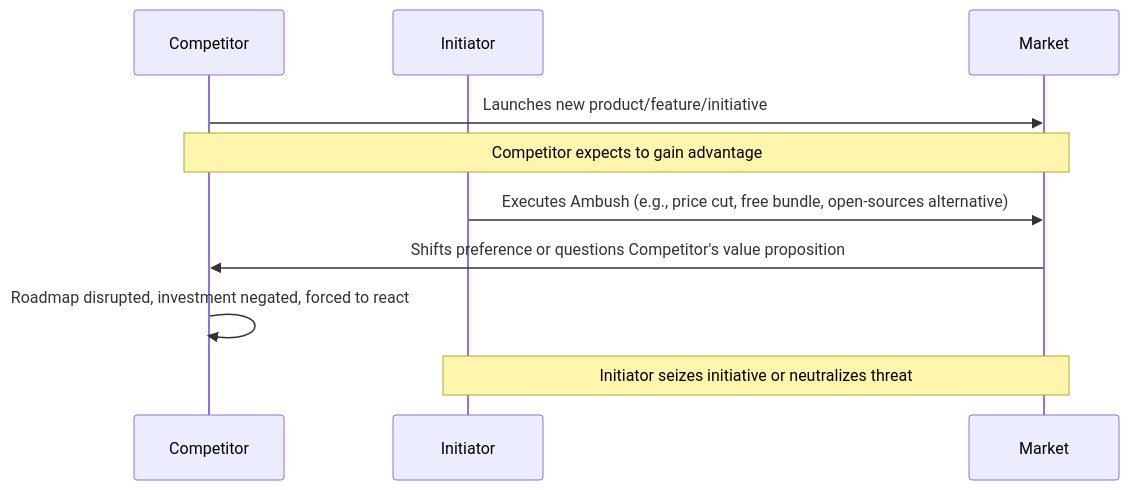
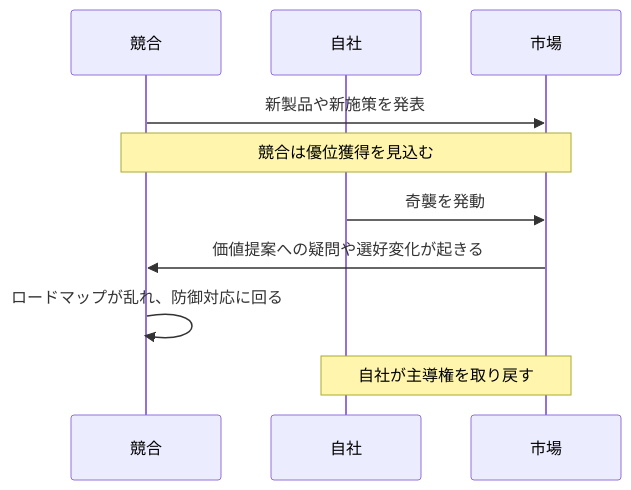
Before and after one commit to wardley-leadership-strategies-ja/wardley-leadership-strategies-ja.github.io: the diagram in docs/strategies/competitor/ambush/index.md, drawn with Mermaid. The commit also changed other lines of this file and 4 other files, not shown here.

````diff
--- a/docs/strategies/competitor/ambush/index.md
+++ b/docs/strategies/competitor/ambush/index.md
@@ -138,13 +136,13 @@
 ```mermaid
 sequenceDiagram
-    participant Competitor
-    participant Initiator
-    participant Market
+    participant Competitor as 競合
+    participant Initiator as 自社
+    participant Market as 市場
 
-    Competitor->>Market: Launches new product/feature/initiative
-    Note over Competitor, Market: Competitor expects to gain advantage
-    Initiator->>Market: Executes Ambush (e.g., price cut, free bundle, open-sources alternative)
-    Market->>Competitor: Shifts preference or questions Competitor's value proposition
-    Competitor->>Competitor: Roadmap disrupted, investment negated, forced to react
-    Note over Initiator, Market: Initiator seizes initiative or neutralizes threat
+    Competitor->>Market: 新製品や新施策を発表
+    Note over Competitor,Market: 競合は優位獲得を見込む
+    Initiator->>Market: 奇襲を発動
+    Market->>Competitor: 価値提案への疑問や選好変化が起きる
+    Competitor->>Competitor: ロードマップが乱れ、防御対応に回る
+    Note over Initiator,Market: 自社が主導権を取り戻す
 ```
````
